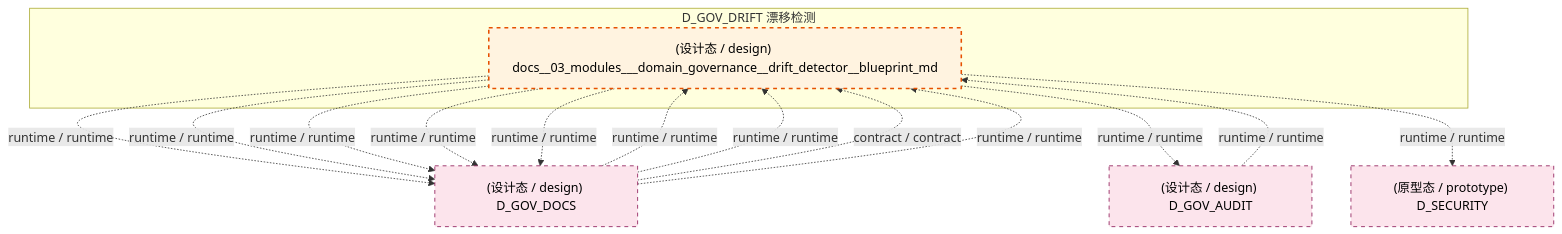
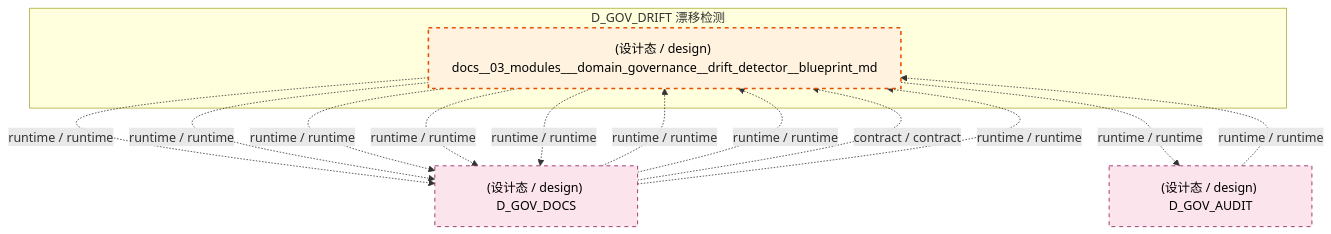
Before and after one commit to xuanFelixVan/ZephyrAlpha: the fifth of 7 diagrams in docs/02_enterprise_architecture/02_domain_architecture_docs/41_d_gov_drift.md, drawn with Mermaid. The commit also changed other lines of this file and 102 other files, not shown here.

````diff
--- a/docs/02_enterprise_architecture/02_domain_architecture_docs/41_d_gov_drift.md
+++ b/docs/02_enterprise_architecture/02_domain_architecture_docs/41_d_gov_drift.md
@@ -534,27 +535,25 @@
 ```mermaid
 graph TD
     subgraph D_GOV_DRIFT["D_GOV_DRIFT 漂移检测"]
         docs_03_modules_domain_governance_drift_detector_blueprint_md["(设计态 / design) docs__03_modules___domain_governance__drift_detector__blueprint_md"]
     end
     D_GOV_DOCS["(设计态 / design) D_GOV_DOCS"]
     docs_03_modules_domain_governance_drift_detector_blueprint_md -.->|runtime / runtime| D_GOV_DOCS
     docs_03_modules_domain_governance_drift_detector_blueprint_md -.->|runtime / runtime| D_GOV_DOCS
     D_GOV_AUDIT["(设计态 / design) D_GOV_AUDIT"]
     docs_03_modules_domain_governance_drift_detector_blueprint_md -.->|runtime / runtime| D_GOV_AUDIT
-    D_SECURITY["(原型态 / prototype) D_SECURITY"]
-    docs_03_modules_domain_governance_drift_detector_blueprint_md -.->|runtime / runtime| D_SECURITY
     docs_03_modules_domain_governance_drift_detector_blueprint_md -.->|runtime / runtime| D_GOV_DOCS
     docs_03_modules_domain_governance_drift_detector_blueprint_md -.->|runtime / runtime| D_GOV_DOCS
     docs_03_modules_domain_governance_drift_detector_blueprint_md -.->|runtime / runtime| D_GOV_DOCS
     D_GOV_AUDIT -.->|runtime / runtime| docs_03_modules_domain_governance_drift_detector_blueprint_md
     D_GOV_DOCS -.->|runtime / runtime| docs_03_modules_domain_governance_drift_detector_blueprint_md
     D_GOV_DOCS -.->|runtime / runtime| docs_03_modules_domain_governance_drift_detector_blueprint_md
     D_GOV_DOCS -.->|contract / contract| docs_03_modules_domain_governance_drift_detector_blueprint_md
     D_GOV_DOCS -.->|runtime / runtime| docs_03_modules_domain_governance_drift_detector_blueprint_md
     classDef production fill:#e1f5fe,stroke:#01579b,stroke-width:2px,color:#000
     classDef design fill:#fff3e0,stroke:#e65100,stroke-width:2px,color:#000,stroke-dasharray: 5 5
     classDef external_prod fill:#e8f5e9,stroke:#1b5e20,stroke-width:1px,color:#000
     classDef external_design fill:#fce4ec,stroke:#880e4f,stroke-width:1px,color:#000,stroke-dasharray: 5 5
     class docs_03_modules_domain_governance_drift_detector_blueprint_md design
-    class D_GOV_DOCS,D_GOV_AUDIT,D_SECURITY external_design
+    class D_GOV_DOCS,D_GOV_AUDIT external_design
 ```
````
